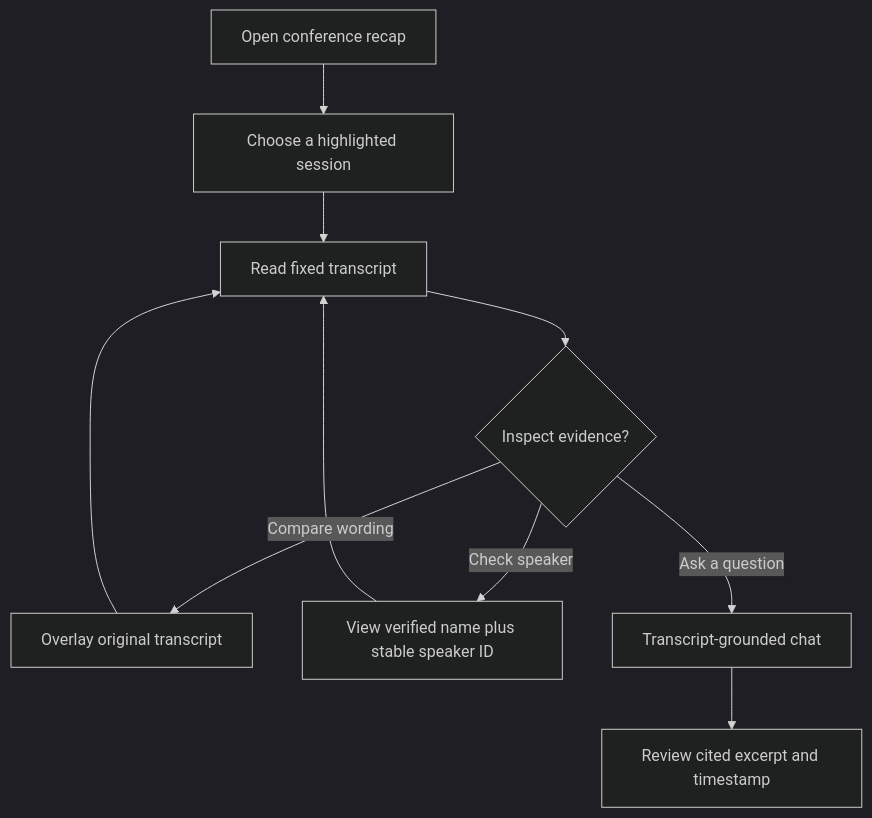
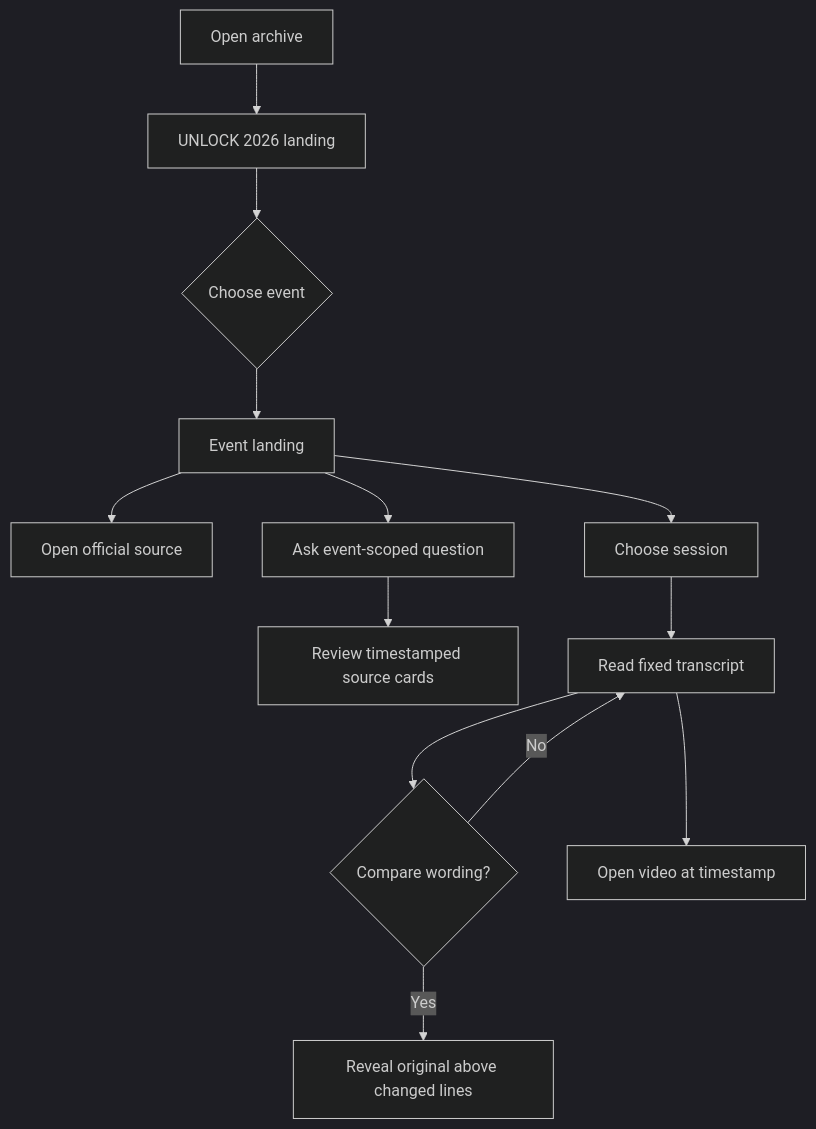
One commit to johnpfeiffer/conferences changed the third of 3 diagrams in architecture.md. Above: the diagram before and after it, drawn with Mermaid (dark theme). The commit also changed other lines of this file and 48 other files, not shown here.

````diff
--- a/architecture.md
+++ b/architecture.md
@@ -44,12 +64,15 @@
 ```mermaid
 flowchart TD
-    U[Open conference recap] --> H[Choose a highlighted session]
-    H --> T[Read fixed transcript]
-    T --> V{Inspect evidence?}
-    V -->|Compare wording| RAW[Overlay original transcript]
-    V -->|Check speaker| SPK[View verified name plus stable speaker ID]
-    V -->|Ask a question| Q[Transcript-grounded chat]
-    RAW --> T
-    SPK --> T
-    Q --> E[Review cited excerpt and timestamp]
+    OPEN[Open archive] --> DEFAULT[UNLOCK 2026 landing]
+    DEFAULT --> SWITCH{Choose event}
+    SWITCH --> EVENT[Event landing]
+    EVENT --> SOURCE[Open official source]
+    EVENT --> ASK[Ask event-scoped question]
+    ASK --> EVIDENCE[Review timestamped source cards]
+    EVENT --> SESSION[Choose session]
+    SESSION --> FIXED[Read fixed transcript]
+    FIXED --> COMPARE{Compare wording?}
+    COMPARE -->|Yes| ORIGINAL[Reveal original above changed lines]
+    COMPARE -->|No| FIXED
+    FIXED --> MOMENT[Open video at timestamp]
 ```
````
